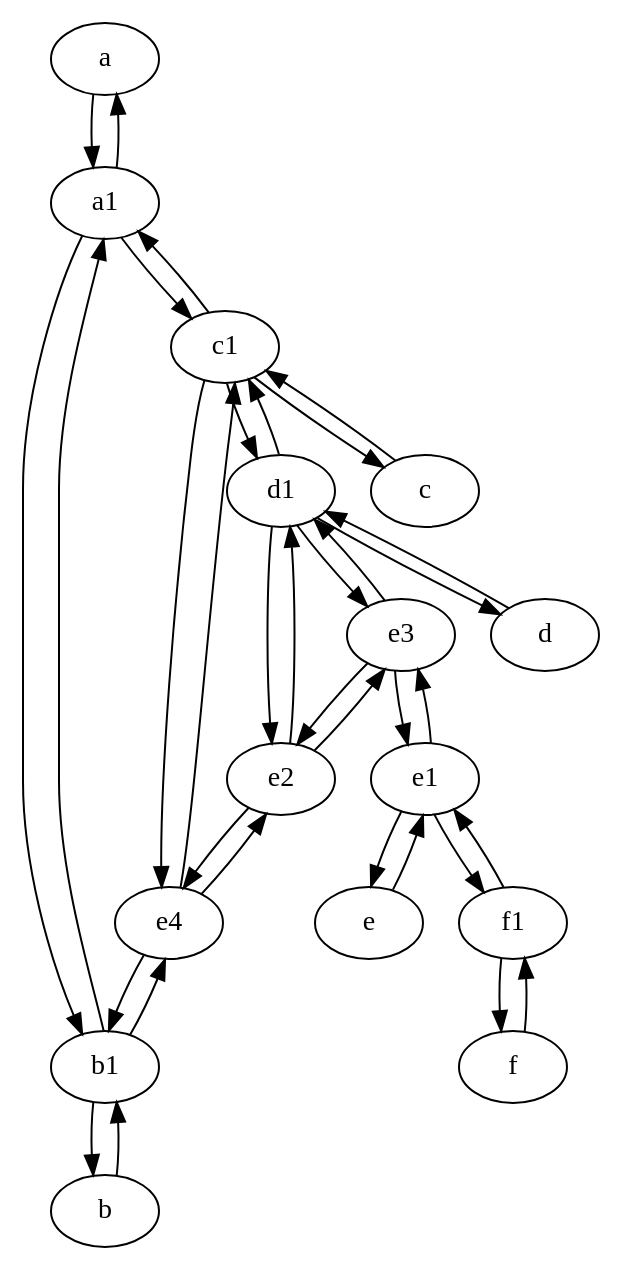
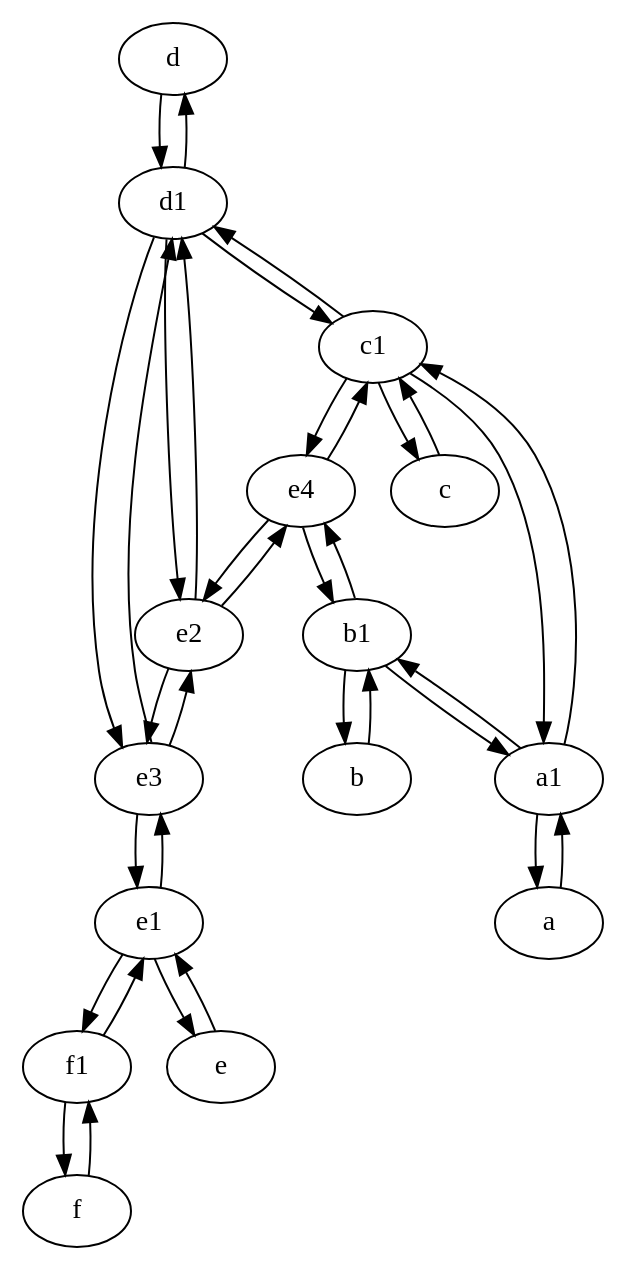
Before and after one commit to anisabnis/graph_inference: the diagram in results_psm_dist/6et1/topologyorig.dot, drawn with Graphviz. The commit also changed other lines of this file and 156 other files, not shown here.

```diff
--- a/results_psm_dist/6et1/topologyorig.dot
+++ b/results_psm_dist/6et1/topologyorig.dot
@@ -1,52 +1,52 @@
 digraph  {
-	a [pos="40,10!"];
-	e1 [pos="25,45!"];
+	d [pos="20,30!"];
+	e4;
+	c [pos="20,10!"];
+	a1 [pos="40,15!"];
+	f1;
+	e [pos="30,50!"];
 	e3;
-	c [pos="20,10!"];
-	e [pos="30,50!"];
+	e2;
 	f [pos="15,45!"];
 	b1 [pos="45,20!"];
-	d [pos="20,30!"];
-	e2;
-	a1 [pos="40,15!"];
+	b [pos="50,20!"];
+	e1 [pos="25,45!"];
 	c1 [pos="30,15!"];
-	e4;
-	b [pos="50,20!"];
-	f1;
 	d1 [pos="25,30!"];
+	a [pos="40,10!"];
 	a1 -> b1;
 	e3 -> e1;
+	e1 -> e3;
+	b1 -> b;
+	c -> c1;
+	f -> f1;
+	b -> b1;
+	c1 -> e4;
+	d1 -> e2;
+	b1 -> e4;
+	e2 -> e3;
+	a1 -> c1;
+	c1 -> c;
+	e3 -> e2;
+	e2 -> d1;
+	e4 -> c1;
+	e -> e1;
+	f1 -> e1;
+	e1 -> f1;
+	e1 -> e;
 	b1 -> a1;
-	e2 -> e3;
-	d1 -> e2;
-	e1 -> e3;
+	c1 -> a1;
+	d -> d1;
 	a1 -> a;
-	e3 -> e2;
-	b1 -> e4;
-	f -> f1;
+	a -> a1;
+	e4 -> b1;
+	f1 -> f;
+	c1 -> d1;
 	d1 -> e3;
-	d -> d1;
-	c1 -> d1;
+	e4 -> e2;
+	d1 -> d;
+	e2 -> e4;
+	e3 -> d1;
 	d1 -> c1;
-	e4 -> b1;
-	e2 -> e4;
-	e4 -> c1;
-	c1 -> e4;
-	e3 -> d1;
-	a -> a1;
-	e2 -> d1;
-	f1 -> e1;
-	a1 -> c1;
-	e1 -> e;
-	c -> c1;
-	c1 -> c;
-	d1 -> d;
-	b1 -> b;
-	b -> b1;
-	c1 -> a1;
-	e4 -> e2;
-	e -> e1;
-	e1 -> f1;
-	f1 -> f;
 
 	}
```
